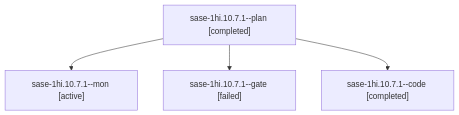
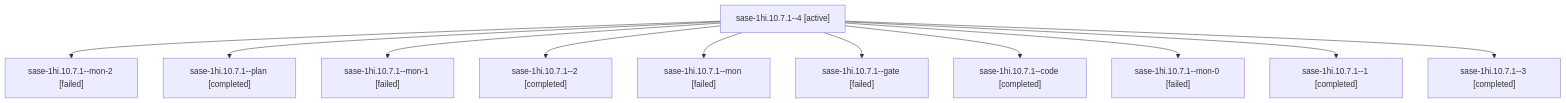
Before and after one commit to sase-org/sase--agents: the diagram in sessions/bbugyi200.apollo.sase-1hi.10.7.1.md, drawn with Mermaid. The commit also changed other lines of this file and 232 other files, not shown here.

````diff
--- a/sessions/bbugyi200.apollo.sase-1hi.10.7.1.md
+++ b/sessions/bbugyi200.apollo.sase-1hi.10.7.1.md
@@ -9,10 +9,24 @@
 ```mermaid
 flowchart TD
-  n0["sase-1hi.10.7.1--plan [completed]"]
-  n1["sase-1hi.10.7.1--mon [active]"]
+  n0["sase-1hi.10.7.1--4 [active]"]
+  n1["sase-1hi.10.7.1--mon-2 [failed]"]
   n0 --> n1
-  n2["sase-1hi.10.7.1--gate [failed]"]
+  n2["sase-1hi.10.7.1--plan [completed]"]
   n0 --> n2
-  n3["sase-1hi.10.7.1--code [completed]"]
+  n3["sase-1hi.10.7.1--mon-1 [failed]"]
   n0 --> n3
+  n4["sase-1hi.10.7.1--2 [completed]"]
+  n0 --> n4
+  n5["sase-1hi.10.7.1--mon [failed]"]
+  n0 --> n5
+  n6["sase-1hi.10.7.1--gate [failed]"]
+  n0 --> n6
+  n7["sase-1hi.10.7.1--code [completed]"]
+  n0 --> n7
+  n8["sase-1hi.10.7.1--mon-0 [failed]"]
+  n0 --> n8
+  n9["sase-1hi.10.7.1--1 [completed]"]
+  n0 --> n9
+  n10["sase-1hi.10.7.1--3 [completed]"]
+  n0 --> n10
 ```
````
